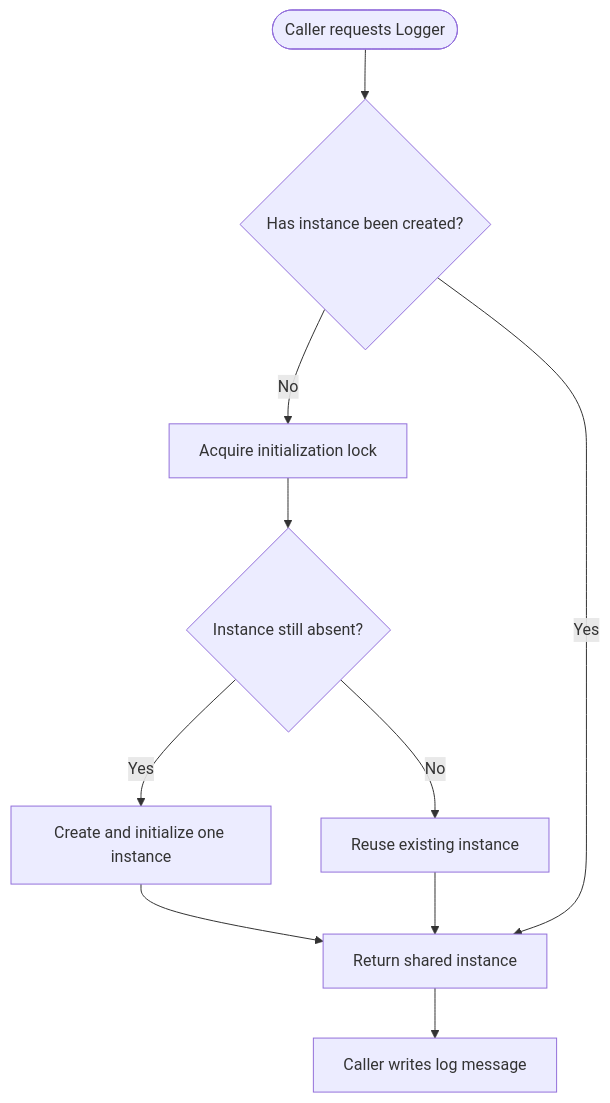
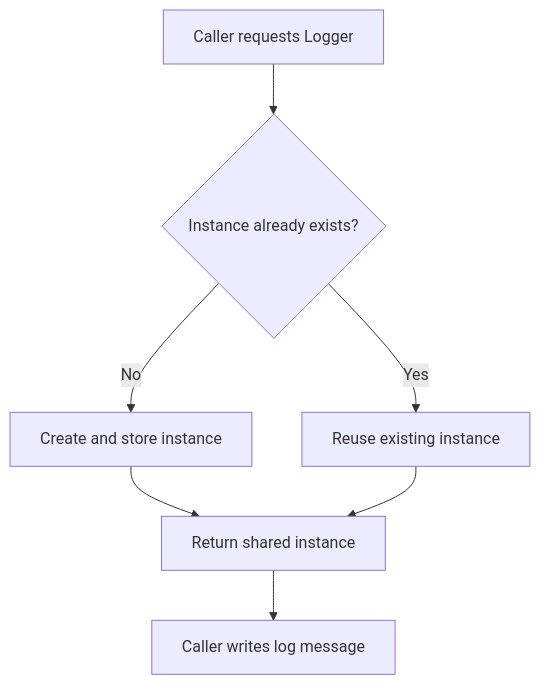
Before and after one commit to Jainparth22/ION_interview_helpful: the second of 9 diagrams in Design Patterns 101 --- Creational Design Patterns.md, drawn with Mermaid. The commit also changed other lines of this file, not shown here.

````diff
--- a/Design Patterns 101 --- Creational Design Patterns.md
+++ b/Design Patterns 101 --- Creational Design Patterns.md
@@ -2110,23 +112,9 @@
-``` mermaid
-
+```mermaid
 flowchart TD
-
-    A([Caller requests Logger]) --> B{Has instance been created?}
-
-    B -- No --> C[Acquire initialization lock]
-
-    C --> D{Instance still absent?}
-
-    D -- Yes --> E[Create and initialize one instance]
-
-    D -- No --> F[Reuse existing instance]
-
-    E --> G[Return shared instance]
-
-    F --> G
-
-    B -- Yes --> G
-
-    G --> H[Caller writes log message]
-
+    A[Caller requests Logger] --> B{Instance already exists?}
+    B -- No --> C[Create and store instance]
+    B -- Yes --> D[Reuse existing instance]
+    C --> E[Return shared instance]
+    D --> E
+    E --> F[Caller writes log message]
 ```
````
